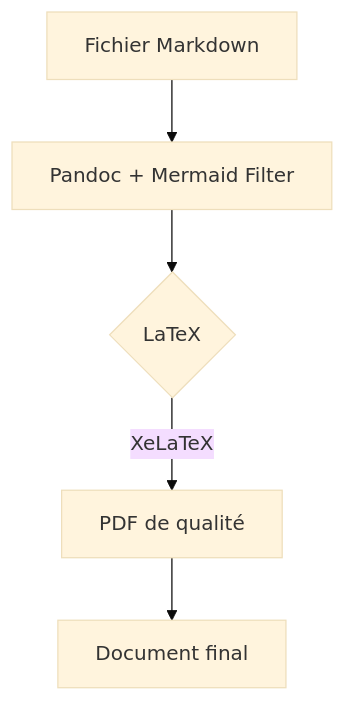
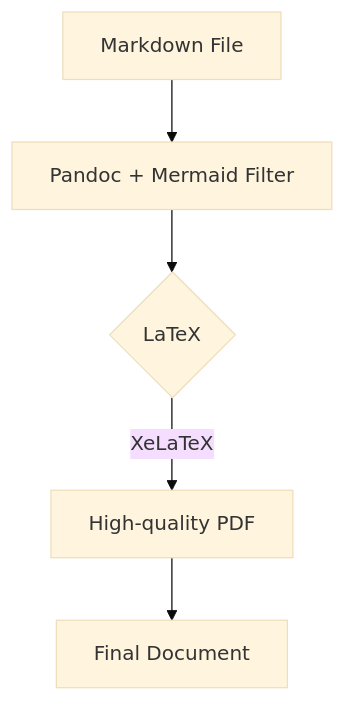
Before and after one commit to pleymor/homebrew-md2pdf: the first of 5 diagrams in example.md, drawn with Mermaid (base theme). The commit also changed other lines of this file and 1 other file, not shown here.

````diff
--- a/example.md
+++ b/example.md
@@ -13,7 +13,7 @@
 ```mermaid
 graph TD
-    A[Fichier Markdown] --> B[Pandoc + Mermaid Filter]
+    A[Markdown File] --> B[Pandoc + Mermaid Filter]
     B --> C{LaTeX}
-    C -->|XeLaTeX| D[PDF de qualité]
-    D --> E[Document final]
+    C -->|XeLaTeX| D[High-quality PDF]
+    D --> E[Final Document]
 ```
````
